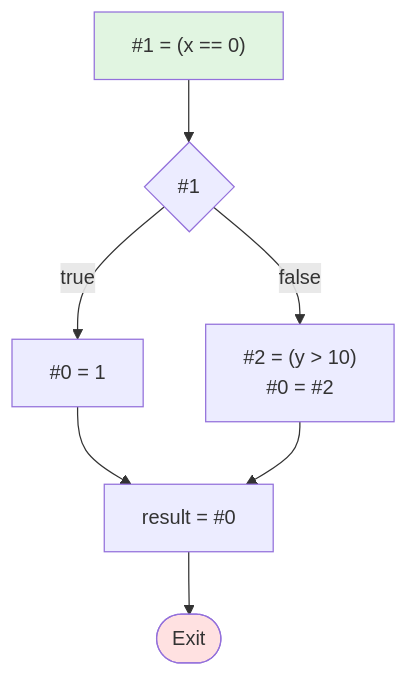
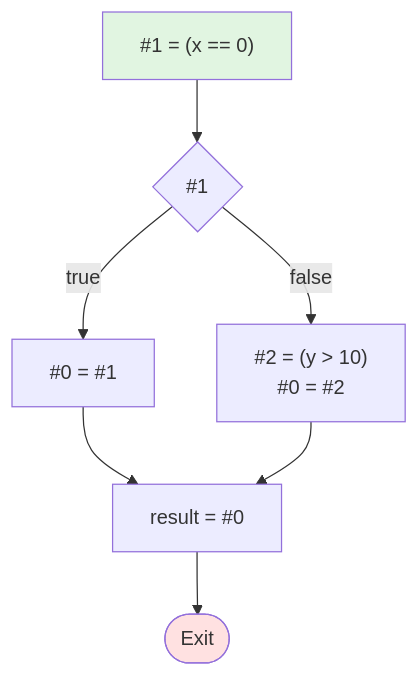
The diagram in mermaid_outputs/test4_shortcircuit_or.md (cny123222/Control-Flow-Graph-Generation-for-WhileD-Language), drawn with Mermaid before and after one commit. The commit also changed other lines of this file and 2 other files, not shown here.

````diff
--- a/mermaid_outputs/test4_shortcircuit_or.md
+++ b/mermaid_outputs/test4_shortcircuit_or.md
@@ -7,18 +7,18 @@
 ```mermaid
 flowchart TD
     B0["#1 = (x == 0)"]
     C0{#1}
-    B1["#0 = 1"]
+    B1["#0 = #1"]
     B2["#2 = (y > 10)<br/>#0 = #2"]
     B3["result = #0"]
 
     B0 --> C0
     C0 -->|false| B2
     C0 -->|true| B1
     B1 --> B3
     B2 --> B3
     B3 --> Exit([Exit])
 
     style B0 fill:#e1f5e1
     style Exit fill:#ffe1e1
 ```
````
